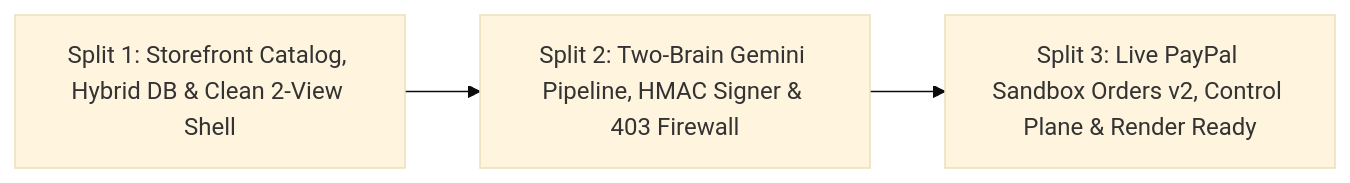
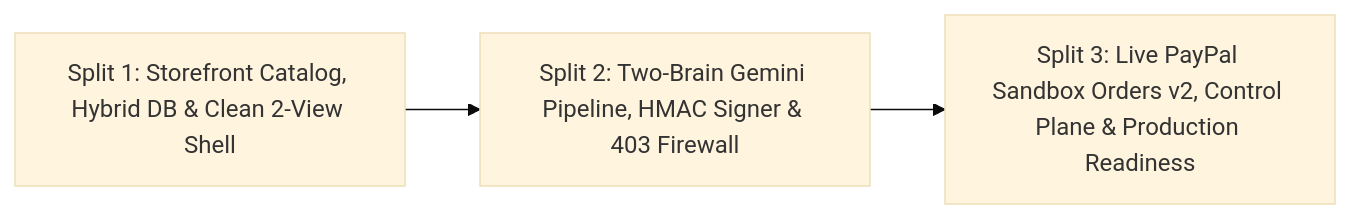
The diagram in docs/04-THREE-SPLIT-EXECUTION-PLAN.md (bhargava562/paypass-agent), drawn with Mermaid (base theme) before and after one commit. The commit also changed other lines of this file and 5 other files, not shown here.

````diff
--- a/docs/04-THREE-SPLIT-EXECUTION-PLAN.md
+++ b/docs/04-THREE-SPLIT-EXECUTION-PLAN.md
@@ -9,5 +9,5 @@
 ```mermaid
 flowchart LR
     S1["Split 1: Storefront Catalog, Hybrid DB & Clean 2-View Shell"] --> S2["Split 2: Two-Brain Gemini Pipeline, HMAC Signer & 403 Firewall"]
-    S2 --> S3["Split 3: Live PayPal Sandbox Orders v2, Control Plane & Render Ready"]
+    S2 --> S3["Split 3: Live PayPal Sandbox Orders v2, Control Plane & Production Readiness"]
 ```
````
